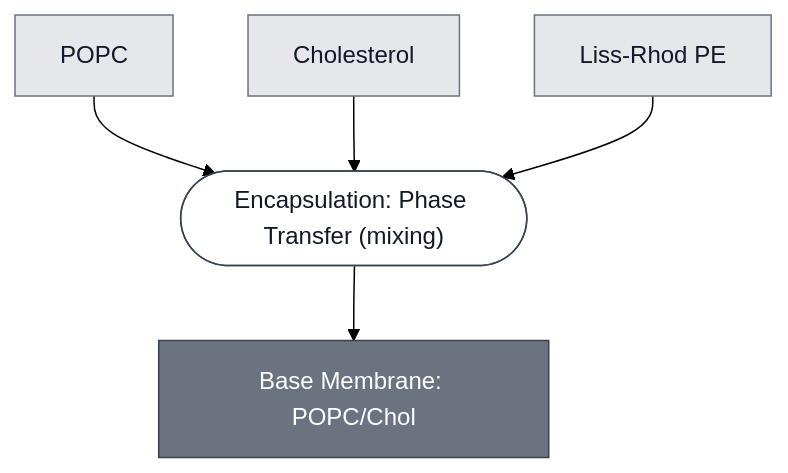
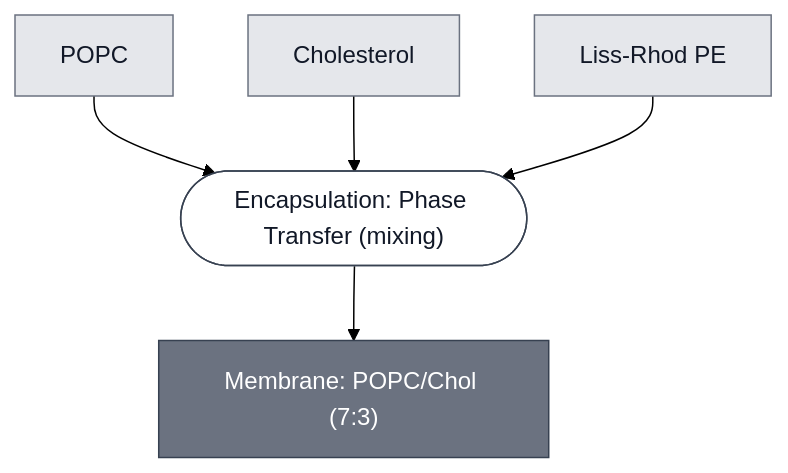
Before and after one commit to nucleus-eng/nucleus-docs: the diagram in docs/modules/membrane-popc-chol/spec.md, drawn with Mermaid (forest theme). The commit also changed other lines of this file and 49 other files, not shown here.

````diff
--- a/docs/modules/membrane-popc-chol/spec.md
+++ b/docs/modules/membrane-popc-chol/spec.md
@@ -32,25 +32,25 @@
 ```mermaid
 flowchart TD
     POPC["POPC"]
     CHOLESTEROL["Cholesterol"]
     LISS_RHOD_PE["Liss-Rhod PE"]
 
     P1_FORM_LIPID_FILM_0(["Encapsulation: Phase Transfer (mixing)"])
-    MEMBRANE_POPC_CHOL["Base Membrane: POPC/Chol"]
+    MEMBRANE_POPC_CHOL["Membrane: POPC/Chol (7:3)"]
 
     POPC --> P1_FORM_LIPID_FILM_0
     CHOLESTEROL --> P1_FORM_LIPID_FILM_0
     LISS_RHOD_PE --> P1_FORM_LIPID_FILM_0
     P1_FORM_LIPID_FILM_0 --> MEMBRANE_POPC_CHOL
 
 
     classDef leaf     fill:#e5e7eb,stroke:#6b7280,color:#111827;
     classDef composed fill:#6b7280,stroke:#374151,color:#ffffff;
     classDef process  fill:#ffffff,stroke:#374151,color:#111827;
     class POPC,CHOLESTEROL,LISS_RHOD_PE leaf;
     class MEMBRANE_POPC_CHOL composed;
     class P1_FORM_LIPID_FILM_0 process;
 
     click P1_FORM_LIPID_FILM_0 "/docs/processes/assemble-base-cell/main"
     click MEMBRANE_POPC_CHOL "/docs/modules/membrane-popc-chol/spec"
 ```
````
